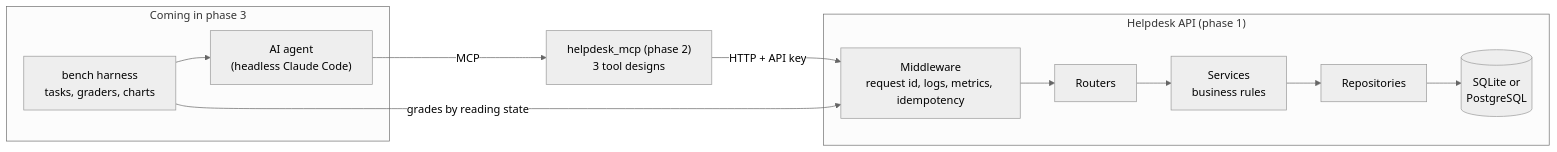
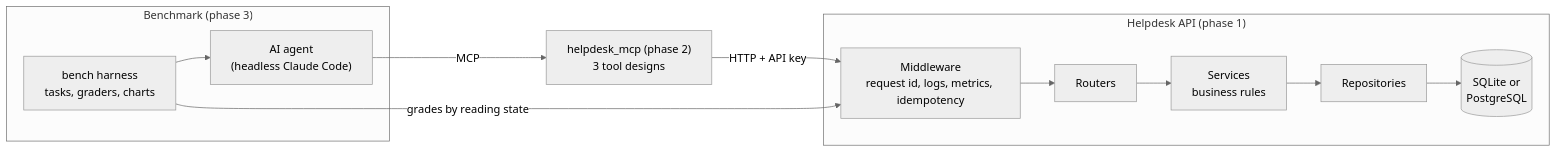
One commit to aayushostwal/mcp-helpdesk-lab changed the diagram in README.md. Above: the diagram before and after it, drawn with Mermaid (neutral theme). The commit also changed other lines of this file and 4 other files, not shown here.

````diff
--- a/README.md
+++ b/README.md
@@ -95,13 +95,13 @@
 ```mermaid
 flowchart LR
-    subgraph phase3["Coming in phase 3"]
+    subgraph phase3["Benchmark (phase 3)"]
         agent["AI agent<br/>(headless Claude Code)"]
         bench["bench harness<br/>tasks, graders, charts"] --> agent
     end
     agent -->|MCP| mcp["helpdesk_mcp (phase 2)<br/>3 tool designs"]
     mcp -->|"HTTP + API key"| api
     bench -->|"grades by reading state"| api
     subgraph phase1["Helpdesk API (phase 1)"]
         api["Middleware<br/>request id, logs, metrics, idempotency"] --> routers["Routers"] --> services["Services<br/>business rules"] --> repos["Repositories"] --> db[("SQLite or<br/>PostgreSQL")]
     end
 ```
````
